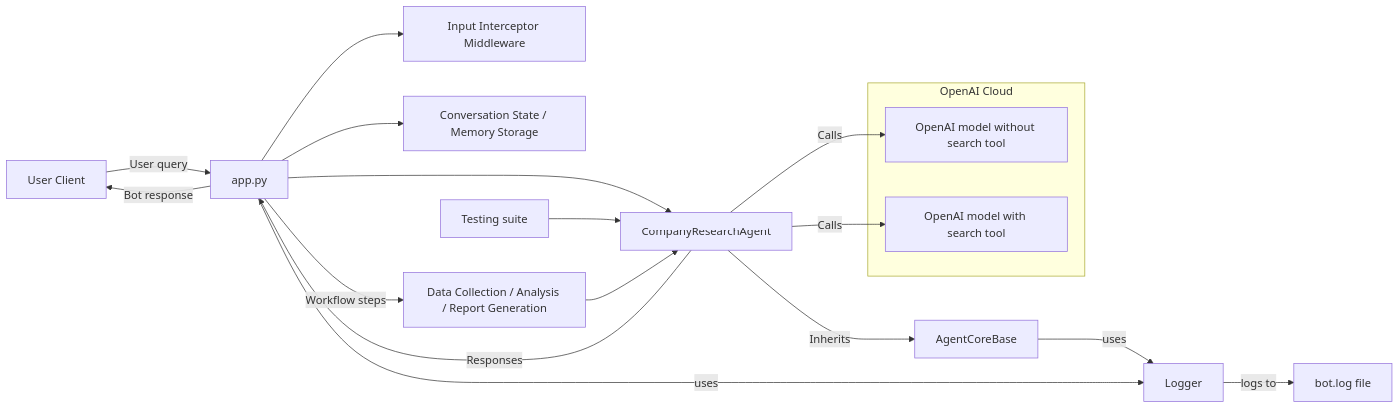
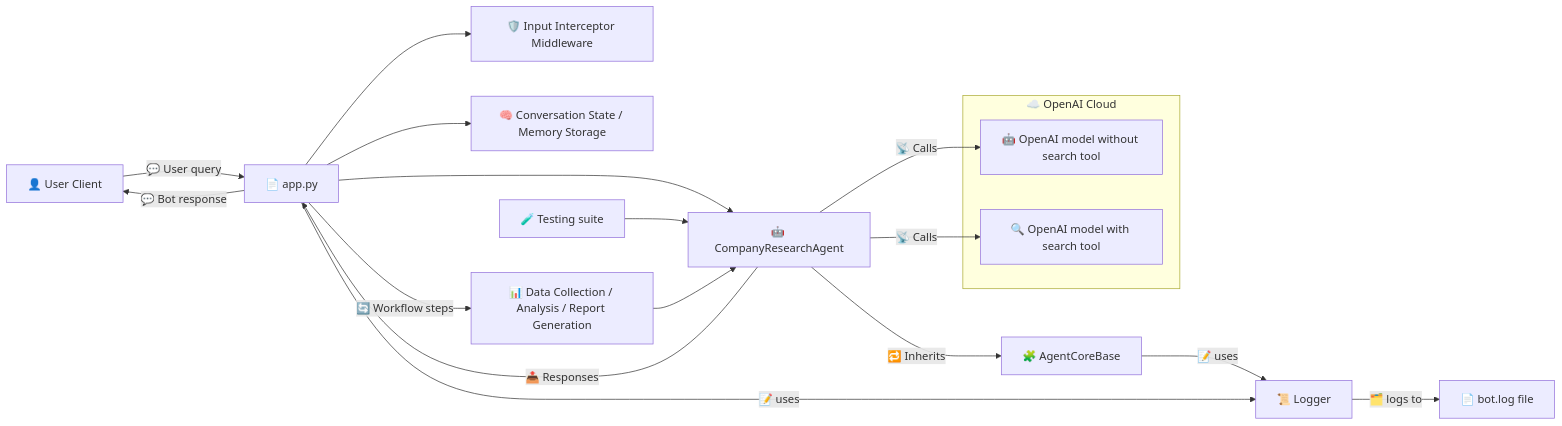
One commit to mike-1-1-1/Company-Research-bot- changed the diagram in architecture-diagram.md. Above: the diagram before and after it, drawn with Mermaid. The commit also changed other lines of this file and 1 other file, not shown here.

Commit message:
add emojis to documentation to ease reading

````diff
--- a/architecture-diagram.md
+++ b/architecture-diagram.md
@@ -3,25 +3,25 @@
 ```mermaid
 flowchart LR
-    U[User Client] -->|User query| A[app.py]
-    A --> M[Input Interceptor Middleware]
-    A --> S[Conversation State / Memory Storage]
-    A --> B[CompanyResearchAgent]
-    B --> |Inherits| Y[AgentCoreBase]
-    Y --> |uses| L[Logger]
-    A --> |uses| L
+    U["👤 User Client"] -->|💬 User query| A["📄 app.py"]
+    A --> M["🛡️ Input Interceptor Middleware"]
+    A --> S["🧠 Conversation State / Memory Storage"]
+    A --> B["🤖 CompanyResearchAgent"]
+    B --> |🔁 Inherits| Y["🧩 AgentCoreBase"]
+    Y --> |📝 uses| L["📜 Logger"]
+    A --> |📝 uses| L
 
-    subgraph OpenAICloud[OpenAI Cloud]
-        O[OpenAI model without search tool]
-        W[OpenAI model with search tool]
+    subgraph OpenAICloud["☁️ OpenAI Cloud"]
+        O["🤖 OpenAI model without search tool"]
+        W["🔍 OpenAI model with search tool"]
     end
 
-    B -->|Calls| O
-    B -->|Calls| W
-    L --> |logs to| X[bot.log file]
-    T[Testing suite] --> B
+    B -->|📡 Calls| O
+    B -->|📡 Calls| W
+    L --> |🗂️ logs to| X["📄 bot.log file"]
+    T["🧪 Testing suite"] --> B
 
-    A -->|Workflow steps| R[Data Collection / Analysis / Report Generation]
+    A -->|🔄 Workflow steps| R["📊 Data Collection / Analysis / Report Generation"]
     R --> B
-    B -->|Responses| A
-    A -->|Bot response| U
+    B -->|📤 Responses| A
+    A -->|💬 Bot response| U
 ```
````
